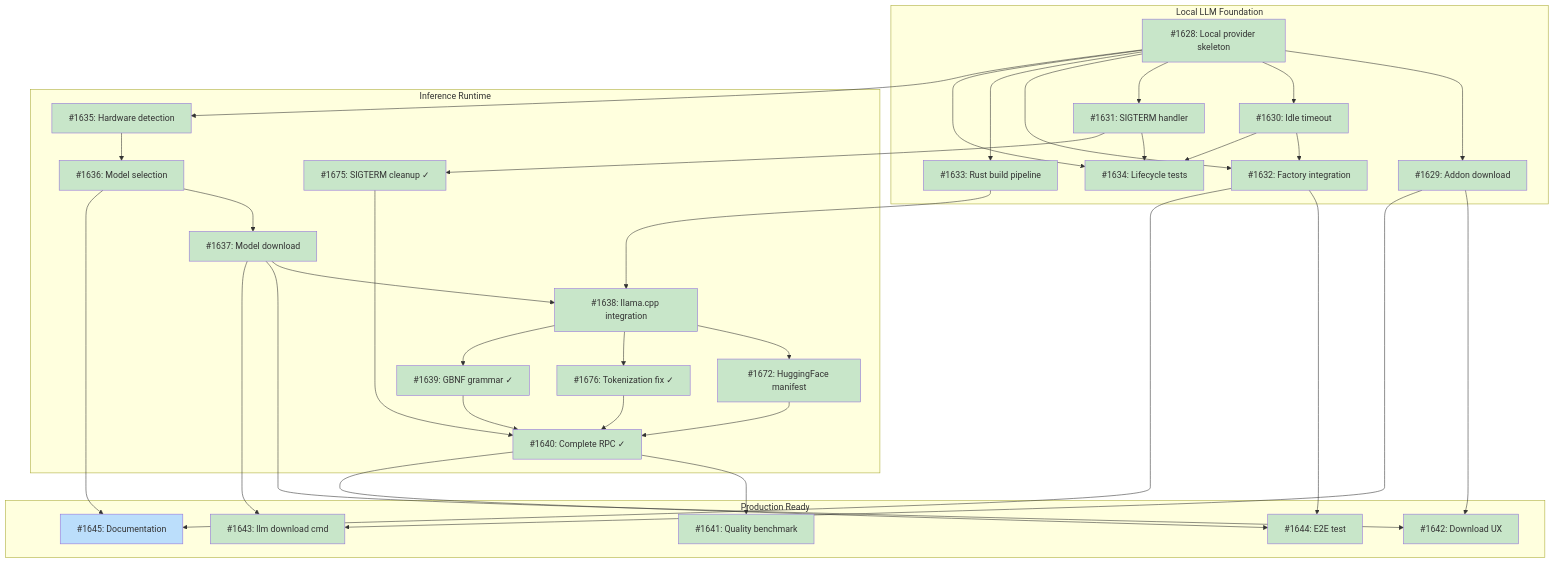
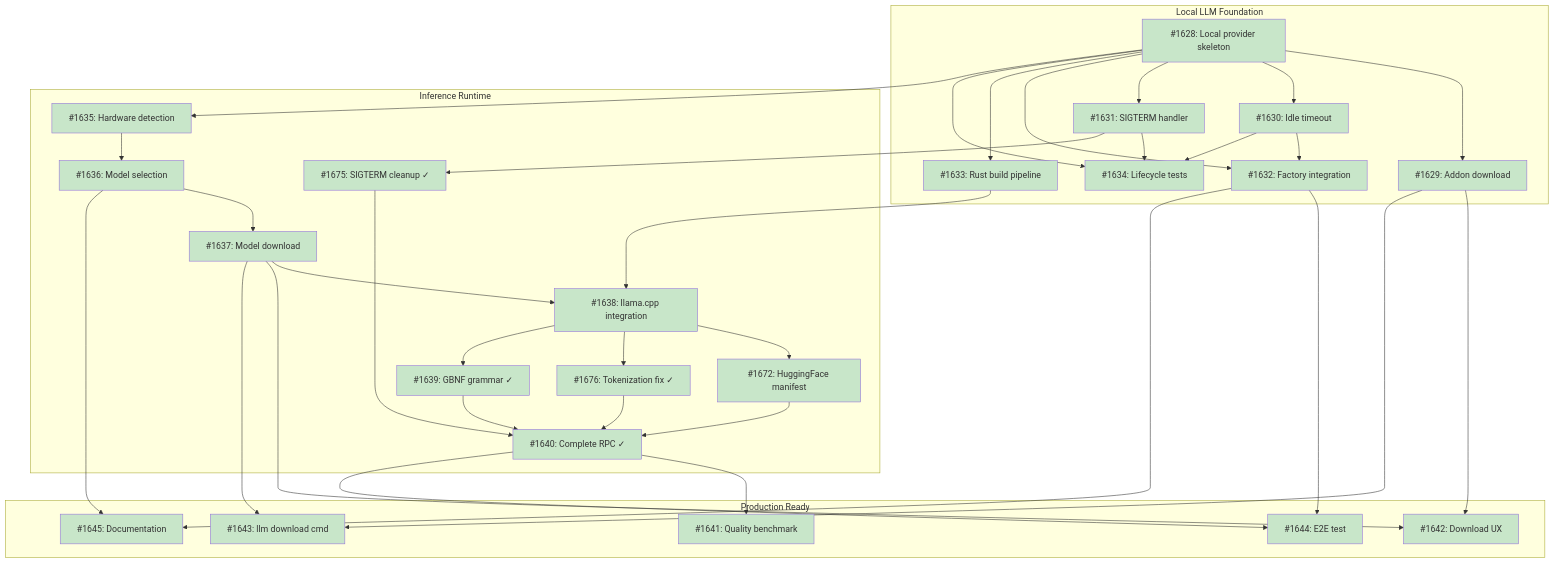
One commit to tsukumogami/tsuku changed the diagram in docs/designs/DESIGN-local-llm-runtime.md. Above: the diagram before and after it, drawn with Mermaid. The commit also changed other lines of this file and 5 other files, not shown here.

````diff
--- a/docs/designs/DESIGN-local-llm-runtime.md
+++ b/docs/designs/DESIGN-local-llm-runtime.md
@@ -80,72 +80,71 @@
 ```mermaid
 graph TD
     subgraph M1["Local LLM Foundation"]
         I1628["#1628: Local provider skeleton"]
         I1629["#1629: Addon download"]
         I1630["#1630: Idle timeout"]
         I1631["#1631: SIGTERM handler"]
         I1632["#1632: Factory integration"]
         I1633["#1633: Rust build pipeline"]
         I1634["#1634: Lifecycle tests"]
     end
 
     subgraph M2["Inference Runtime"]
         I1635["#1635: Hardware detection"]
         I1636["#1636: Model selection"]
         I1637["#1637: Model download"]
         I1638["#1638: llama.cpp integration"]
         I1672["#1672: HuggingFace manifest"]
         I1675["#1675: SIGTERM cleanup ✓"]
         I1676["#1676: Tokenization fix ✓"]
         I1639["#1639: GBNF grammar ✓"]
         I1640["#1640: Complete RPC ✓"]
     end
 
     subgraph M3["Production Ready"]
         I1641["#1641: Quality benchmark"]
         I1642["#1642: Download UX"]
         I1643["#1643: llm download cmd"]
         I1644["#1644: E2E test"]
         I1645["#1645: Documentation"]
     end
 
     I1628 --> I1629
     I1628 --> I1630
     I1628 --> I1631
     I1628 --> I1632
     I1630 --> I1632
     I1628 --> I1633
     I1628 --> I1634
     I1630 --> I1634
     I1631 --> I1634
     I1628 --> I1635
     I1635 --> I1636
     I1636 --> I1637
     I1633 --> I1638
     I1637 --> I1638
     I1638 --> I1672
     I1631 --> I1675
     I1638 --> I1676
     I1638 --> I1639
     I1672 --> I1640
     I1675 --> I1640
     I1676 --> I1640
     I1639 --> I1640
     I1640 --> I1641
     I1629 --> I1642
     I1637 --> I1642
     I1629 --> I1643
     I1637 --> I1643
     I1640 --> I1644
     I1632 --> I1644
     I1632 --> I1645
     I1636 --> I1645
 
     classDef done fill:#c8e6c9
     classDef ready fill:#bbdefb
     classDef blocked fill:#fff9c4
     classDef needsDesign fill:#e1bee7
 
-    class I1628,I1629,I1630,I1631,I1632,I1633,I1634,I1635,I1636,I1637,I1638,I1672,I1675,I1676,I1639,I1640,I1641,I1642,I1643,I1644 done
-    class I1645 ready
+    class I1628,I1629,I1630,I1631,I1632,I1633,I1634,I1635,I1636,I1637,I1638,I1672,I1675,I1676,I1639,I1640,I1641,I1642,I1643,I1644,I1645 done
 ```
````
